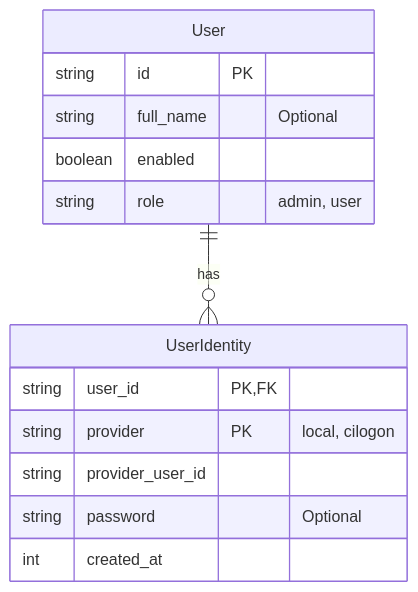
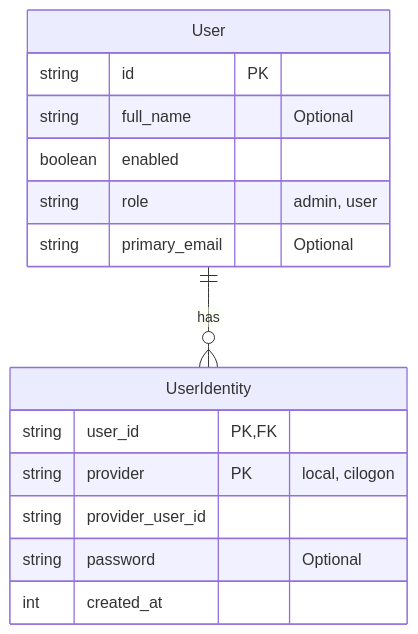
One commit to Australian-Internet-Observatory/aao-api changed the second of 2 diagrams in docs/journal/20251007-db-migrations-and-cilogon-integration.md. Above: the diagram before and after it, drawn with Mermaid. The commit also changed other lines of this file and 7 other files, not shown here.

````diff
--- a/docs/journal/20251007-db-migrations-and-cilogon-integration.md
+++ b/docs/journal/20251007-db-migrations-and-cilogon-integration.md
@@ -54,17 +54,18 @@
 ```mermaid
 erDiagram
   User {
     string id PK
     string full_name "Optional"
     boolean enabled
     string role "admin, user"
+    string primary_email "Optional"
   }
   UserIdentity {
     string user_id PK,FK
     string provider PK "local, cilogon"
     string provider_user_id
     string password "Optional"
     int created_at
   }
   User one to many UserIdentity: has
 ```
````
